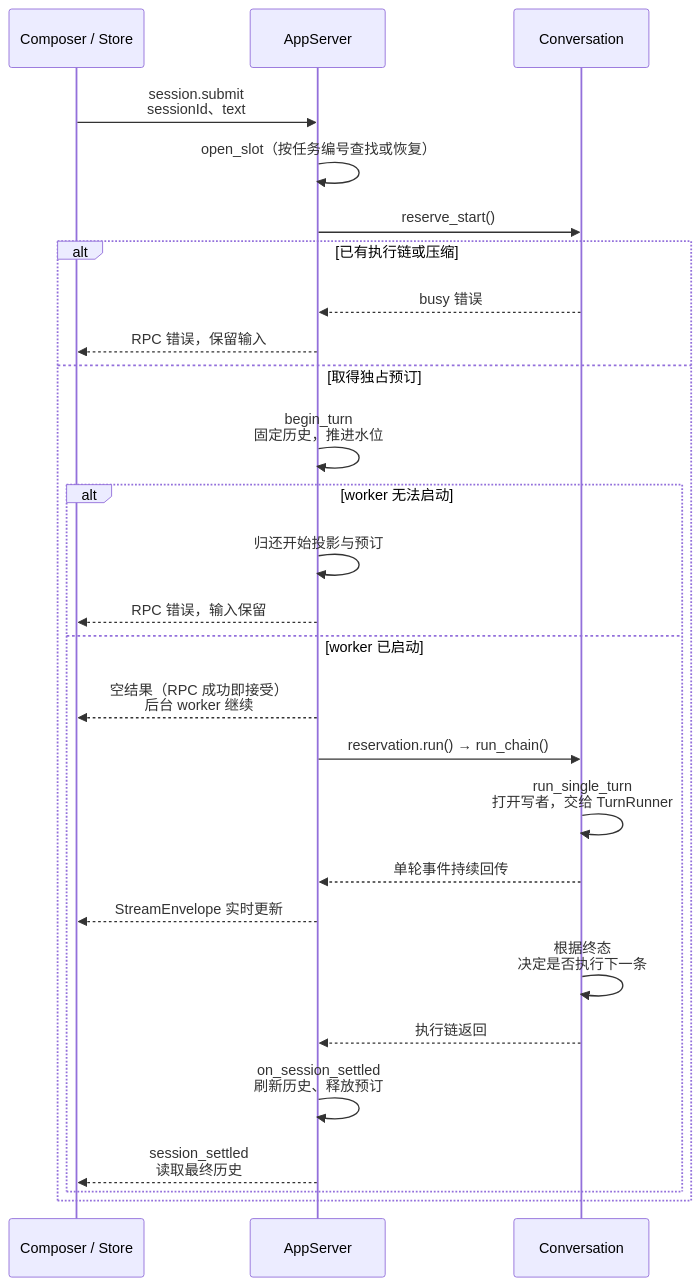
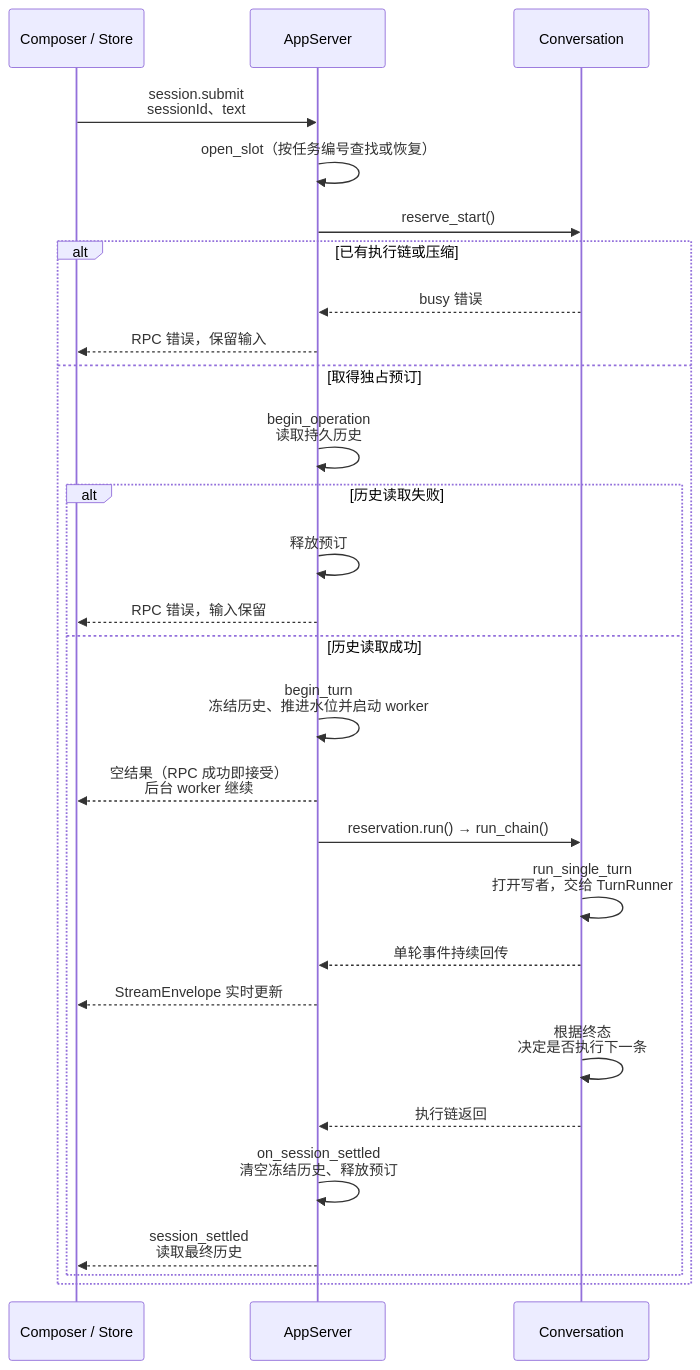
Diagram 12 of 29 in docs/architecture.md (qjcnmd/singularity-agent), drawn with Mermaid before and after one commit. The commit also changed other lines of this file and 53 other files, not shown here.

Commit message:
Simplify execution flows and session handling

````diff
--- a/docs/architecture.md
+++ b/docs/architecture.md
@@ -322,29 +322,30 @@
 ```mermaid
 sequenceDiagram
     participant UI as Composer / Store
     participant WB as AppServer
     participant Conv as Conversation
     UI->>WB: session.submit<br/>sessionId、text
     WB->>WB: open_slot（按任务编号查找或恢复）
     WB->>Conv: reserve_start()
     alt 已有执行链或压缩
         Conv-->>WB: busy 错误
         WB-->>UI: RPC 错误，保留输入
     else 取得独占预订
-        WB->>WB: begin_turn<br/>固定历史，推进水位
-        alt worker 无法启动
-            WB->>WB: 归还开始投影与预订
+        WB->>WB: begin_operation<br/>读取持久历史
+        alt 历史读取失败
+            WB->>WB: 释放预订
             WB-->>UI: RPC 错误，输入保留
-        else worker 已启动
+        else 历史读取成功
+            WB->>WB: begin_turn<br/>冻结历史、推进水位并启动 worker
             WB-->>UI: 空结果（RPC 成功即接受）<br/>后台 worker 继续
             WB->>Conv: reservation.run() → run_chain()
             Conv->>Conv: run_single_turn<br/>打开写者，交给 TurnRunner
             Conv-->>WB: 单轮事件持续回传
             WB-->>UI: StreamEnvelope 实时更新
             Conv->>Conv: 根据终态<br/>决定是否执行下一条
             Conv-->>WB: 执行链返回
-            WB->>WB: on_session_settled<br/>刷新历史、释放预订
+            WB->>WB: on_session_settled<br/>清空冻结历史、释放预订
             WB-->>UI: session_settled<br/>读取最终历史
         end
     end
 ```
````
